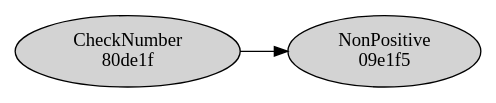
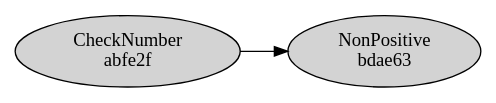
One commit to masonbsmith2019-dev/latch-bio-dynamic-workflow-engine changed the diagram in outputs/branching.dot. Above: the diagram before and after it, drawn with Graphviz. The commit also changed 7 other files, not shown here.

```diff
--- a/outputs/branching.dot
+++ b/outputs/branching.dot
@@ -1,6 +1,6 @@
 digraph G {
 rankdir=LR;
-  "80de1f91-b6c0-49c3-b3ab-b4606ebc112f" [label="CheckNumber\n80de1f", style=filled];
-  "09e1f525-22d7-4121-b876-3a8574a2f0d6" [label="NonPositive\n09e1f5", style=filled];
-  "80de1f91-b6c0-49c3-b3ab-b4606ebc112f" -> "09e1f525-22d7-4121-b876-3a8574a2f0d6";
+  "abfe2f6f-1455-46b4-a5c8-74bc1c6c4810" [label="CheckNumber\nabfe2f", style=filled];
+  "bdae6308-875a-4c1a-b269-9df7efce56d5" [label="NonPositive\nbdae63", style=filled];
+  "abfe2f6f-1455-46b4-a5c8-74bc1c6c4810" -> "bdae6308-875a-4c1a-b269-9df7efce56d5";
 }
```
